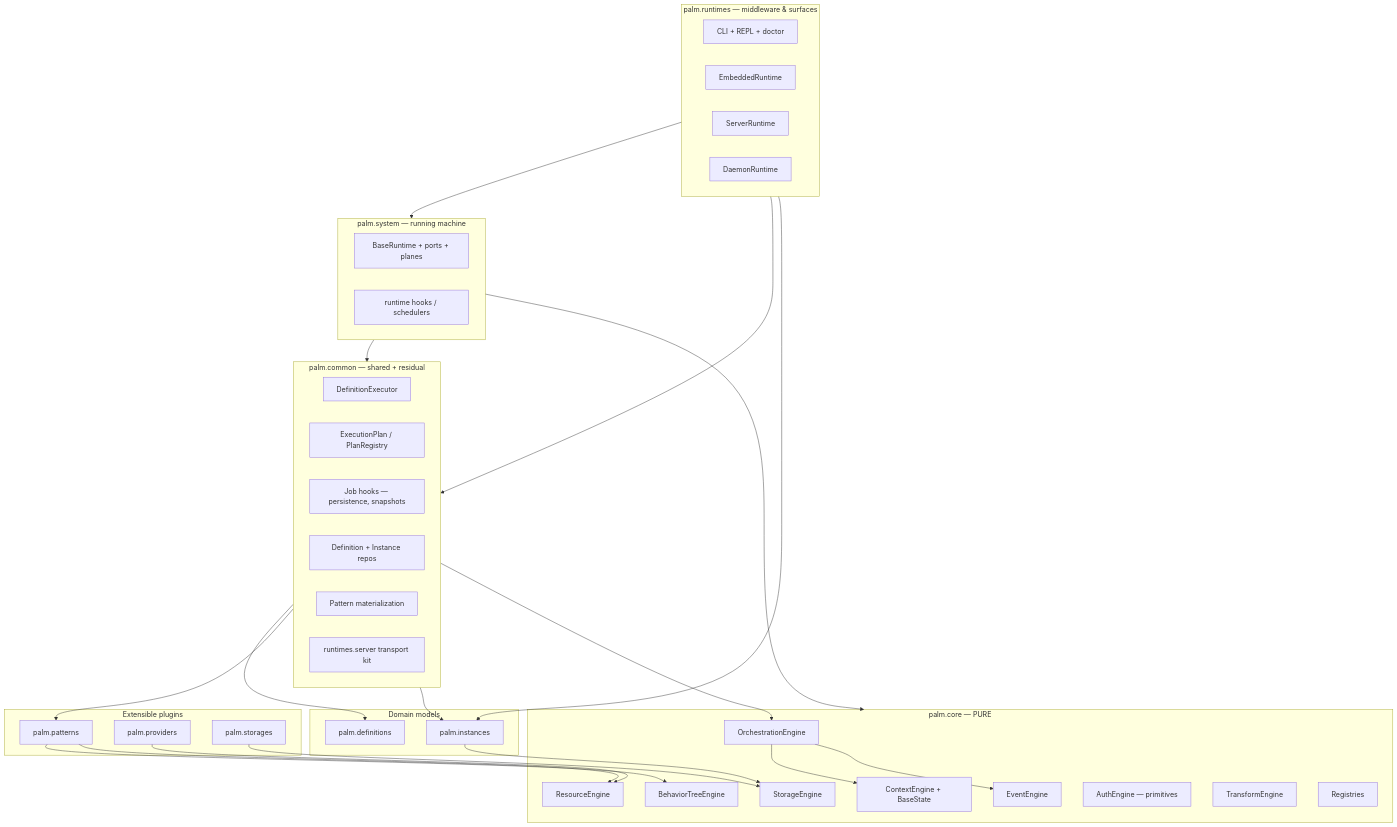
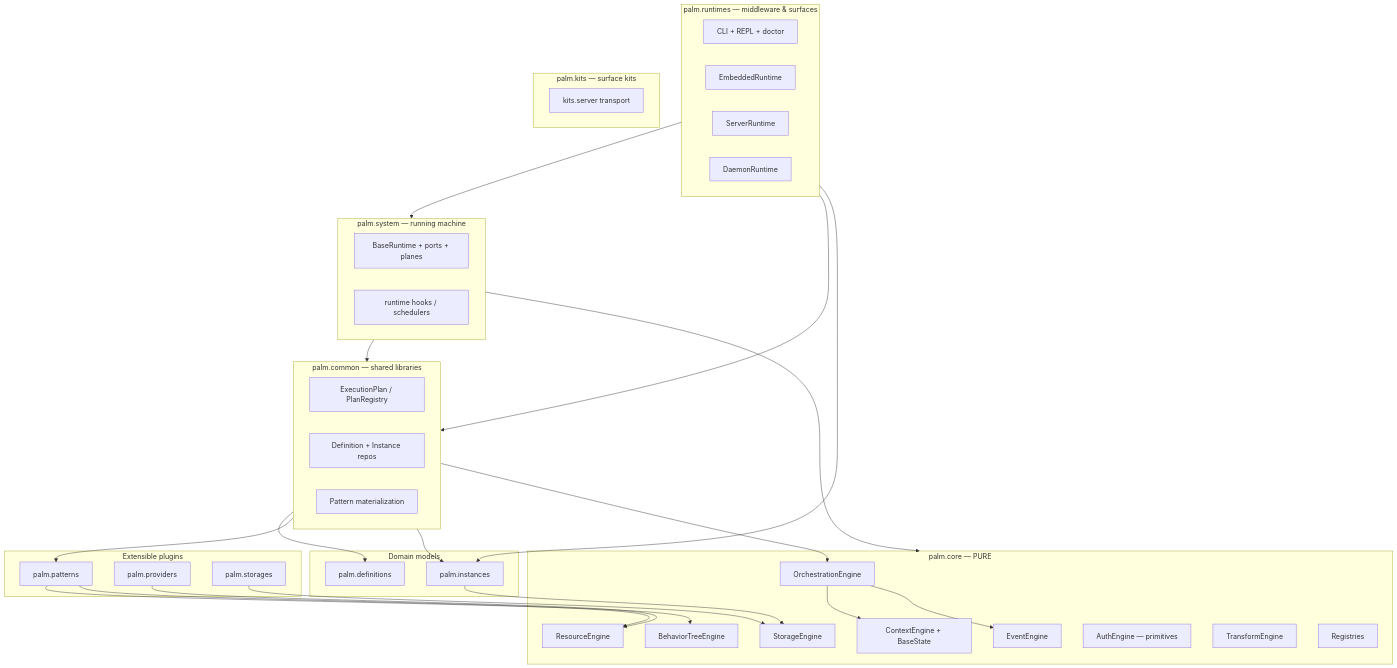
The first of 10 diagrams in ARCHITECTURE.md (JGabrielGruber/palm), drawn with Mermaid before and after one commit. The commit also changed other lines of this file and 120 other files, not shown here.

First line of the commit message:
feat(0.57.13): palm.kits — exposed surface kits; server kit home

````diff
--- a/ARCHITECTURE.md
+++ b/ARCHITECTURE.md
@@ -29,63 +29,64 @@
 ```mermaid
 flowchart TB
     subgraph Runtimes["palm.runtimes — middleware & surfaces"]
         cli[CLI + REPL + doctor]
         embedded[EmbeddedRuntime]
         server[ServerRuntime]
         daemon[DaemonRuntime]
     end
 
     subgraph System["palm.system — running machine"]
         rtbase[BaseRuntime + ports + planes]
         syshooks[runtime hooks / schedulers]
     end
 
-    subgraph Common["palm.common — shared + residual"]
-        exec[DefinitionExecutor]
+    subgraph Common["palm.common — shared libraries"]
         plans[ExecutionPlan / PlanRegistry]
-        hooks[Job hooks — persistence, snapshots]
         persist[Definition + Instance repos]
         builder[Pattern materialization]
-        serverkit[runtimes.server transport kit]
+    end
+
+    subgraph Kits["palm.kits — surface kits"]
+        serverkit[kits.server transport]
     end
 
     subgraph Plugins["Extensible plugins"]
         patterns[palm.patterns]
         providers[palm.providers]
         storages[palm.storages]
     end
 
     subgraph Domain["Domain models"]
         instances[palm.instances]
         definitions[palm.definitions]
     end
 
     subgraph Core["palm.core — PURE"]
         bt[BehaviorTreeEngine]
         orch[OrchestrationEngine]
         ctx[ContextEngine + BaseState]
         sto[StorageEngine]
         res[ResourceEngine]
         evt[EventEngine]
         auth[AuthEngine — primitives]
         xform[TransformEngine]
         reg[Registries]
     end
 
     Runtimes --> System
     Runtimes --> Common
     Runtimes --> instances
     System --> Common
     System --> Core
     Common --> definitions
     Common --> patterns
     Common --> instances
     patterns --> bt
     patterns --> res
     instances --> sto
     providers --> res
     storages --> sto
     Common --> orch
     orch --> ctx
     orch --> evt
 ```
````
